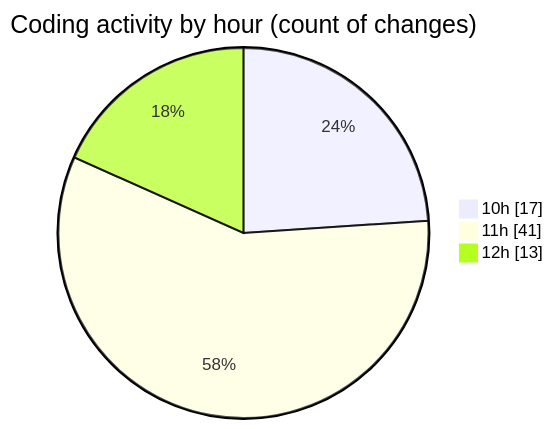
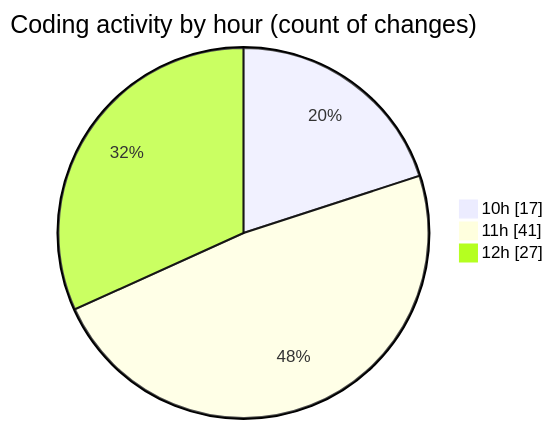
The second of 2 diagrams in 2025-10-06/cda/README.md (momahboobian/code-tracking), drawn with Mermaid before and after one commit. The commit also changed other lines of this file and 1 other file, not shown here.

````diff
--- a/2025-10-06/cda/README.md
+++ b/2025-10-06/cda/README.md
@@ -33,7 +33,7 @@
 ```mermaid
 pie showData
 title Coding activity by hour (count of changes)
 "10h" : 17
 "11h" : 41
-"12h" : 13
+"12h" : 27
 ```
````
